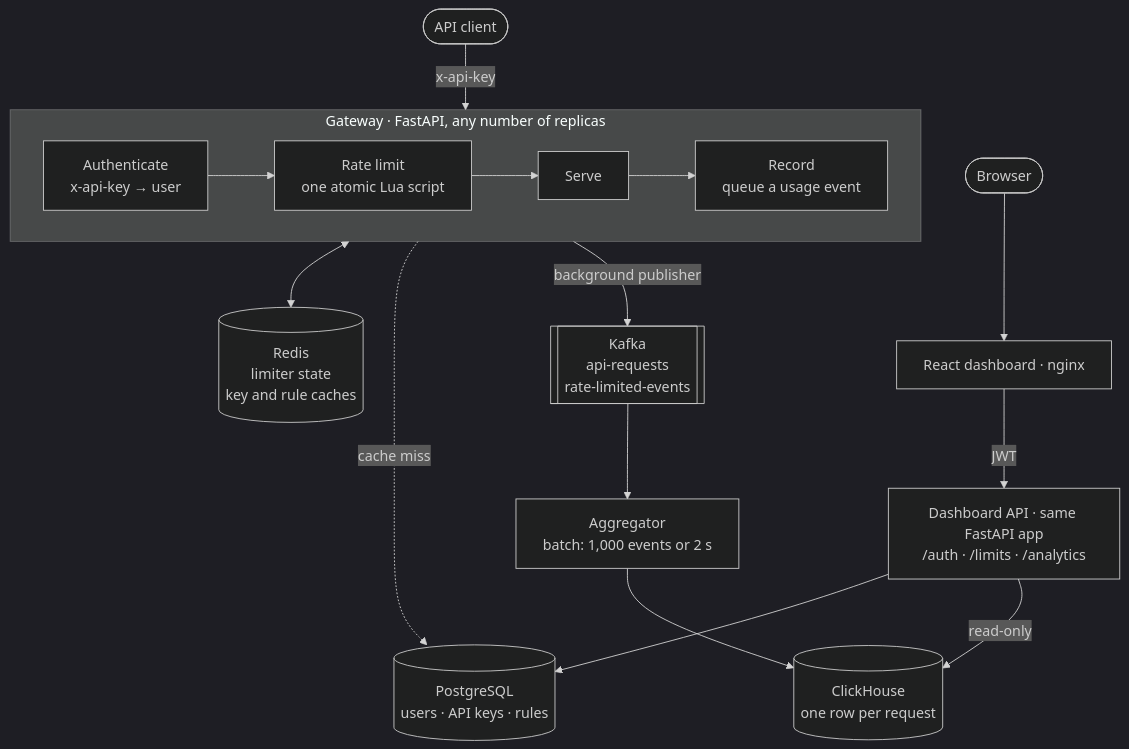
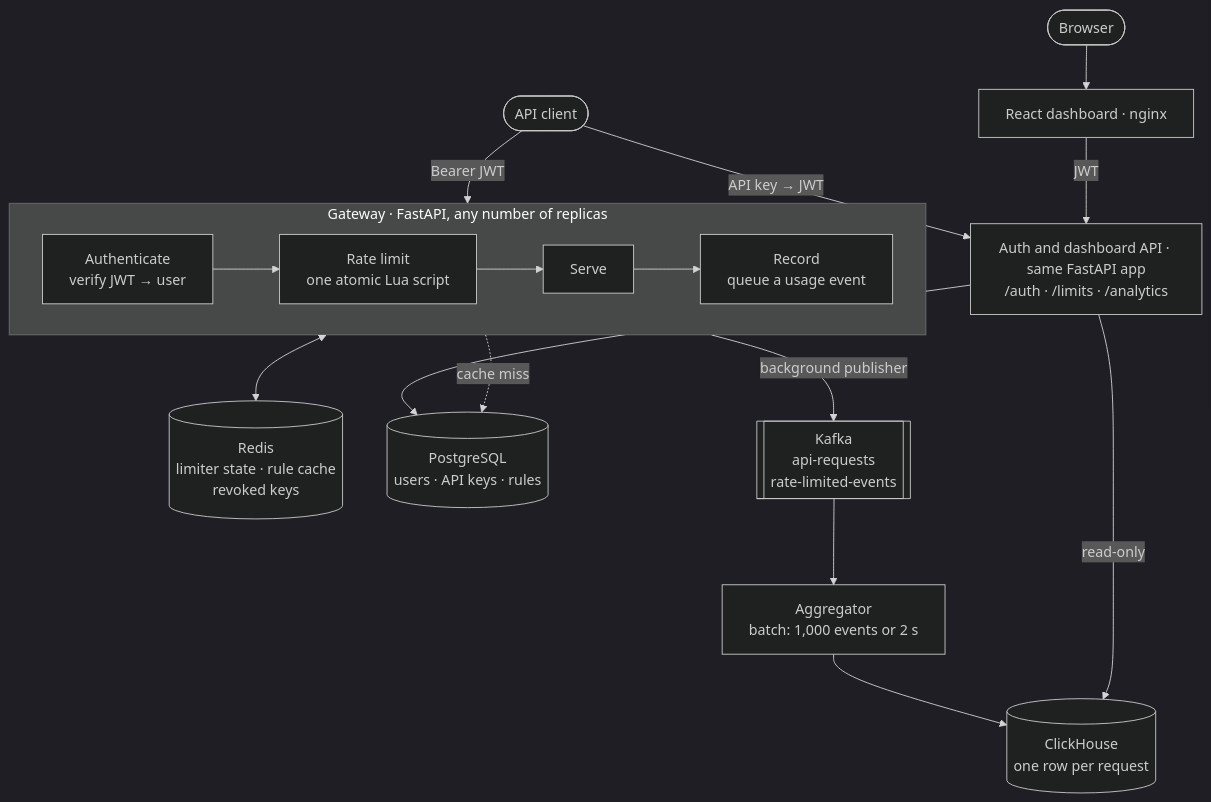
Before and after one commit to harjeet-chahal/SentryFlow: the diagram in README.md, drawn with Mermaid (dark theme). The commit also changed other lines of this file and 1 other file, not shown here.

First line of the commit message:
Measure what JWT checks cost under load; update the README

````diff
--- a/README.md
+++ b/README.md
@@ -69,26 +73,27 @@
 ```mermaid
 flowchart TB
     client(["API client"])
     browser(["Browser"]) --> dashboard["React dashboard · nginx"]
 
     subgraph gw ["Gateway · FastAPI, any number of replicas"]
         direction LR
-        authn["Authenticate<br/>x-api-key → user"] --> limit["Rate limit<br/>one atomic Lua script"] --> serve["Serve"] --> record["Record<br/>queue a usage event"]
+        authn["Authenticate<br/>verify JWT → user"] --> limit["Rate limit<br/>one atomic Lua script"] --> serve["Serve"] --> record["Record<br/>queue a usage event"]
     end
-    dashapi["Dashboard API · same FastAPI app<br/>/auth · /limits · /analytics"]
+    dashapi["Auth and dashboard API · same FastAPI app<br/>/auth · /limits · /analytics"]
 
-    redis[("Redis<br/>limiter state<br/>key and rule caches")]
+    redis[("Redis<br/>limiter state · rule cache<br/>revoked keys")]
     postgres[("PostgreSQL<br/>users · API keys · rules")]
     kafka[["Kafka<br/>api-requests<br/>rate-limited-events"]]
     aggregator["Aggregator<br/>batch: 1,000 events or 2 s"]
     clickhouse[("ClickHouse<br/>one row per request")]
 
-    client -->|"x-api-key"| gw
+    client -->|"API key → JWT"| dashapi
+    client -->|"Bearer JWT"| gw
     gw <--> redis
     gw -. "cache miss" .-> postgres
     gw -->|"background publisher"| kafka
     kafka --> aggregator --> clickhouse
     dashboard -->|"JWT"| dashapi
     dashapi --> postgres
     dashapi -->|"read-only"| clickhouse
 ```
````
